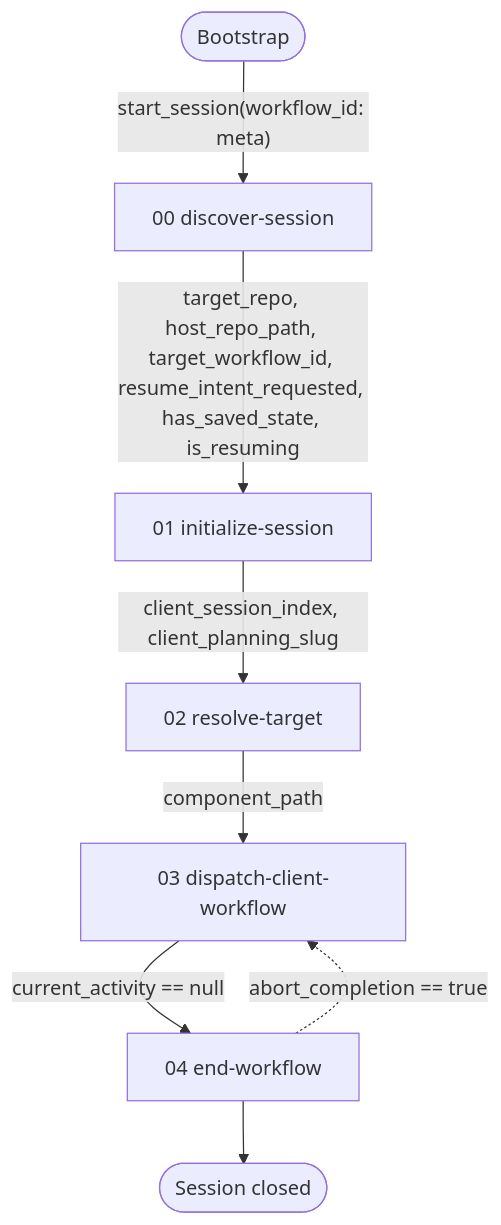
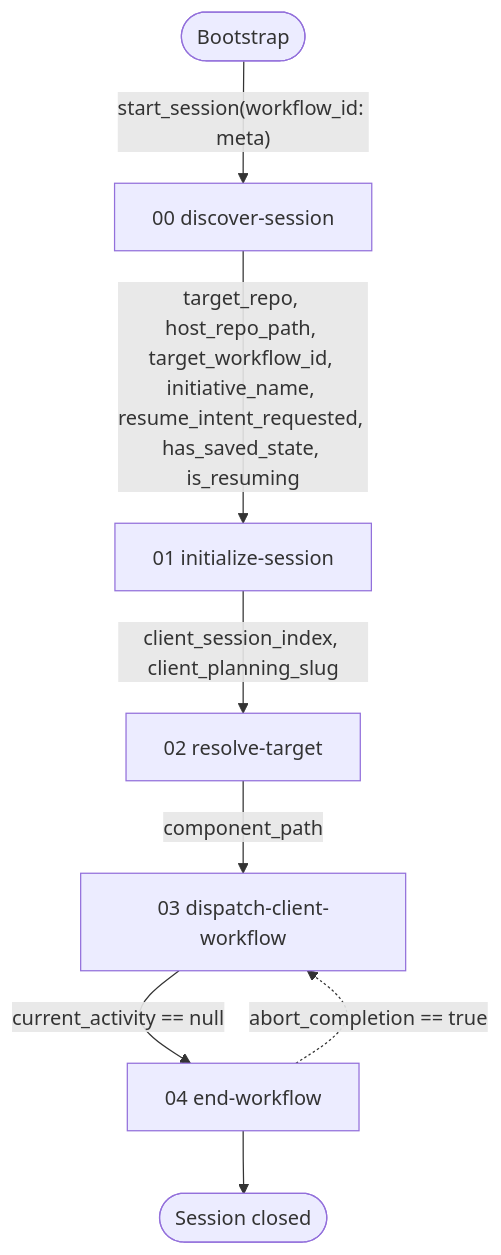
The diagram in meta/README.md (m2ux/workflow-server), drawn with Mermaid before and after one commit. The commit also changed other lines of this file and 54 other files, not shown here.

````diff
--- a/meta/README.md
+++ b/meta/README.md
@@ -37,10 +37,10 @@
 ```mermaid
 graph TD
     startNode(["Bootstrap"]) -->|"start_session(workflow_id: meta)"| DS["00 discover-session"]
-    DS -->|"target_repo, host_repo_path, target_workflow_id, resume_intent_requested, has_saved_state, is_resuming"| INI["01 initialize-session"]
+    DS -->|"target_repo, host_repo_path, target_workflow_id, initiative_name, resume_intent_requested, has_saved_state, is_resuming"| INI["01 initialize-session"]
     INI -->|"client_session_index, client_planning_slug"| RT["02 resolve-target"]
     RT -->|"component_path"| DSP["03 dispatch-client-workflow"]
     DSP -->|"current_activity == null"| END["04 end-workflow"]
     END -.->|"abort_completion == true"| DSP
     END --> doneNode(["Session closed"])
 ```
````
